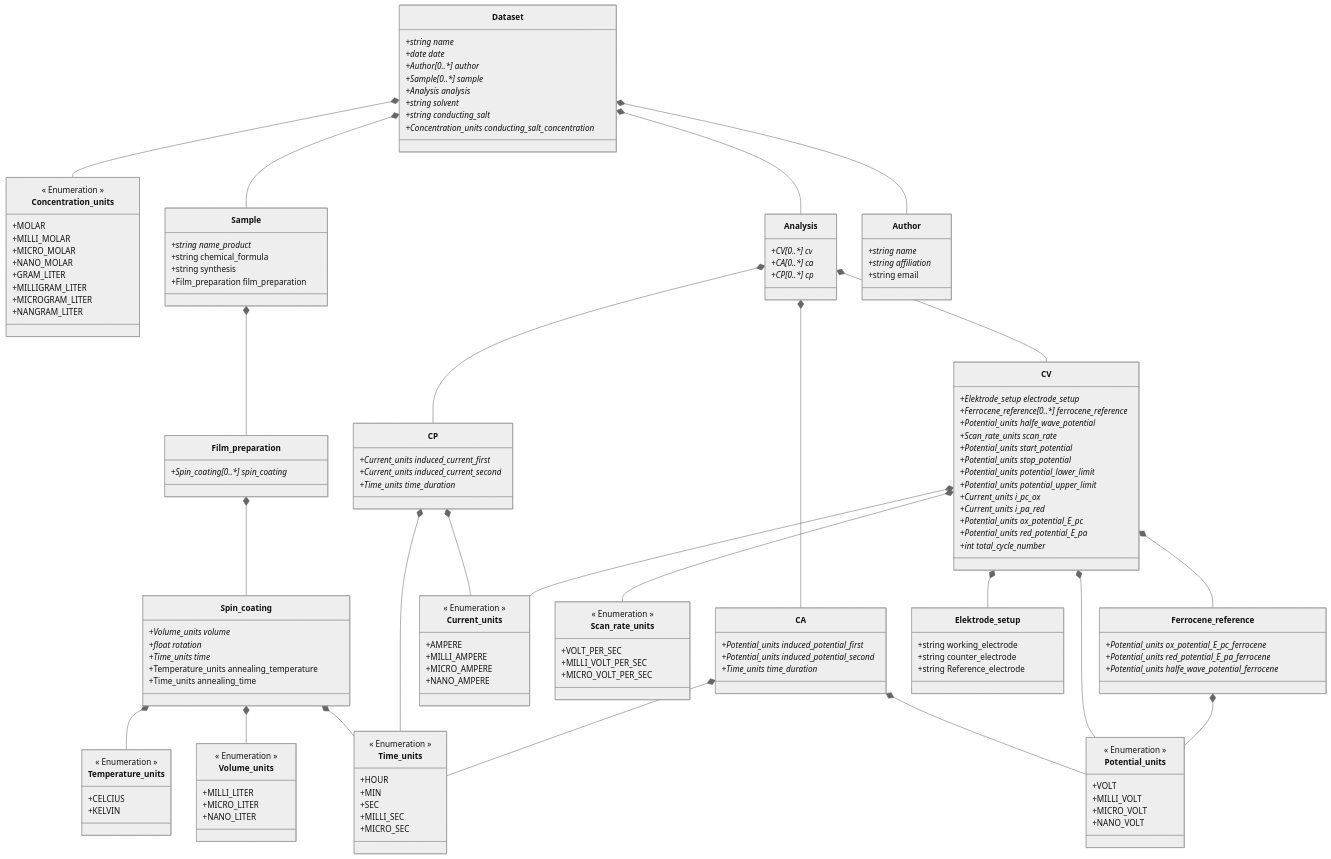
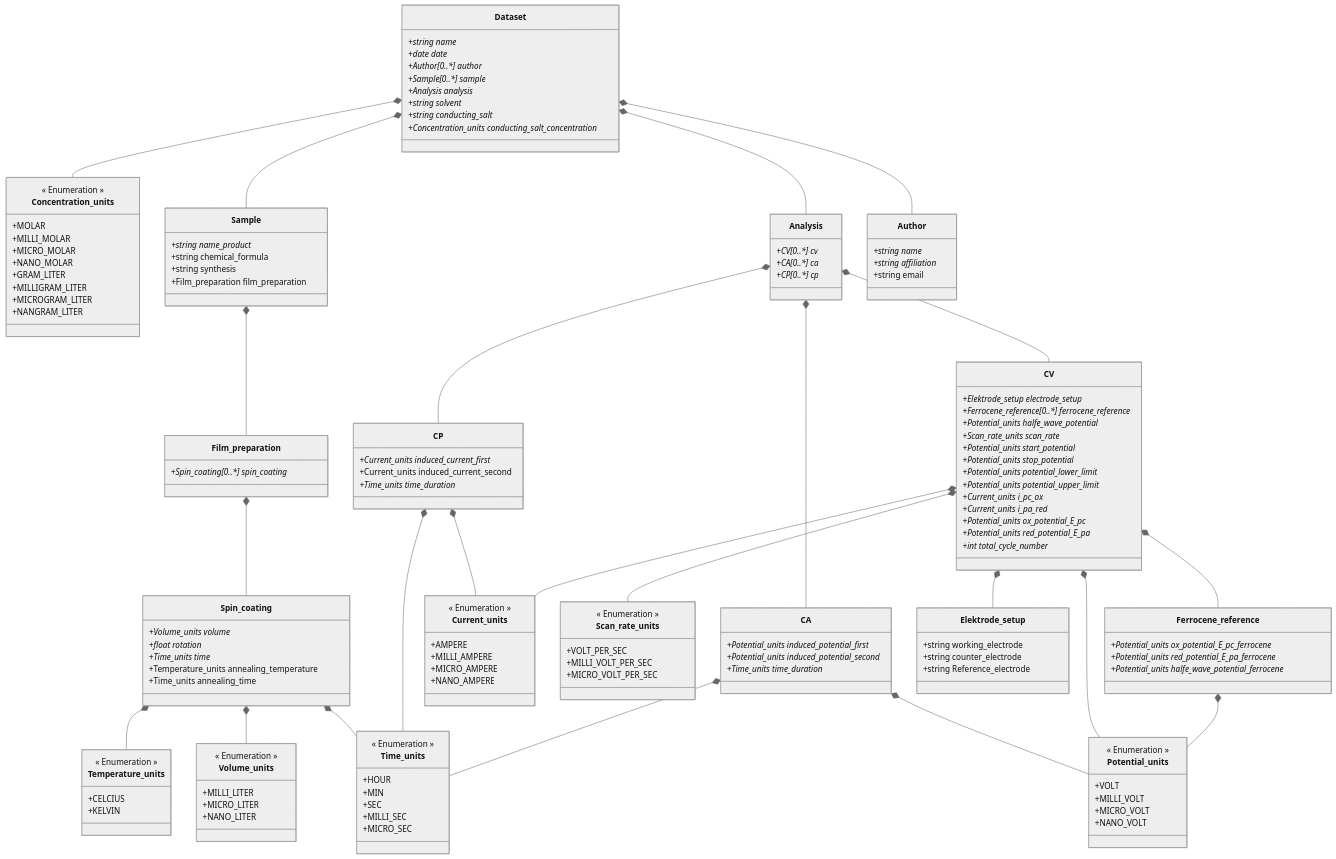
Before and after one commit to FAIRChemistry/datamodel-electrochemistry: the diagram in ElectrochemistryDataModel/schemes/electrochemistrydatamodel_schema.md, drawn with Mermaid (neutral theme). The commit also changed 12 other files, not shown here.

```diff
--- a/ElectrochemistryDataModel/schemes/electrochemistrydatamodel_schema.md
+++ b/ElectrochemistryDataModel/schemes/electrochemistrydatamodel_schema.md
@@ -61,7 +61,7 @@
     
     class CP {
         +Current_units induced_current_first*
-        +Current_units induced_current_second*
+        +Current_units induced_current_second
         +Time_units time_duration*
     }
     
```
